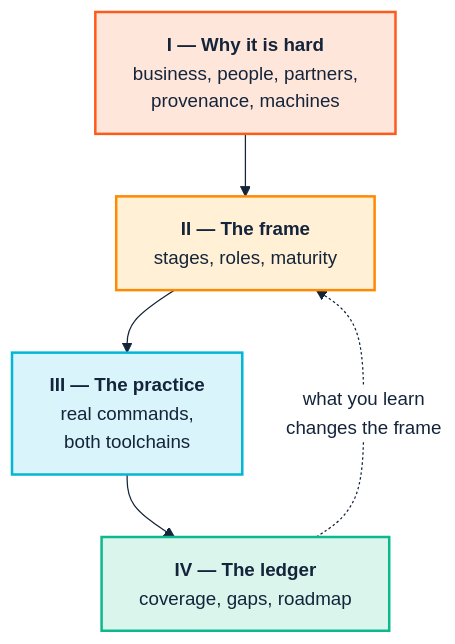
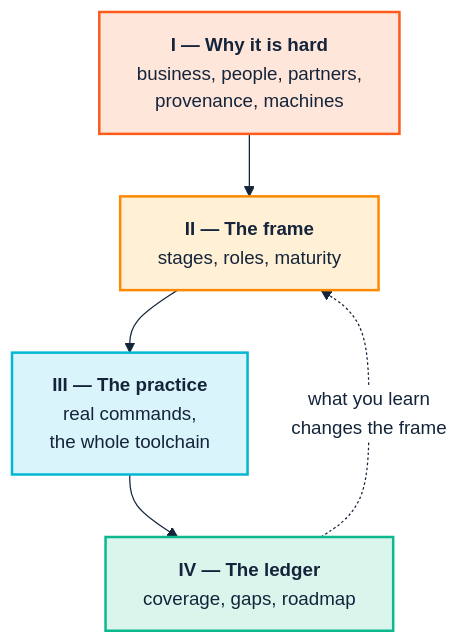
Before and after one commit to pwin/SemOpsManual: the diagram in README.md, drawn with Mermaid. The commit also changed other lines of this file and 21 other files, not shown here.

````diff
--- a/README.md
+++ b/README.md
@@ -50,20 +57,20 @@
 ```mermaid
 %%{init: {'theme':'base','themeVariables':{
   'fontSize':'15px','fontFamily':'Segoe UI, Helvetica, Arial, sans-serif',
   'lineColor':'#14243A','primaryTextColor':'#14243A',
   'edgeLabelBackground':'#FFFFFF'}}}%%
 flowchart TD
     P1["<b>I — Why it is hard</b><br/>business, people, partners,<br/>provenance, machines"]
     P2["<b>II — The frame</b><br/>stages, roles, maturity"]
-    P3["<b>III — The practice</b><br/>real commands,<br/>both toolchains"]
+    P3["<b>III — The practice</b><br/>real commands,<br/>the whole toolchain"]
     P4["<b>IV — The ledger</b><br/>coverage, gaps, roadmap"]
 
     P1 --> P2 --> P3 --> P4
     P4 -. "what you learn<br/>changes the frame" .-> P2
 
     classDef human   fill:#FFE6DA,stroke:#FD5B1C,stroke-width:2px,color:#14243A;
     classDef govern  fill:#FFF0D6,stroke:#FE8902,stroke-width:2px,color:#14243A;
     classDef ci      fill:#D9F4FA,stroke:#02B7D4,stroke-width:2px,color:#14243A;
     classDef ops     fill:#D9F5EC,stroke:#0CB88E,stroke-width:2px,color:#14243A;
     class P1 human; class P2 govern; class P3 ci; class P4 ops;
 ```
````
